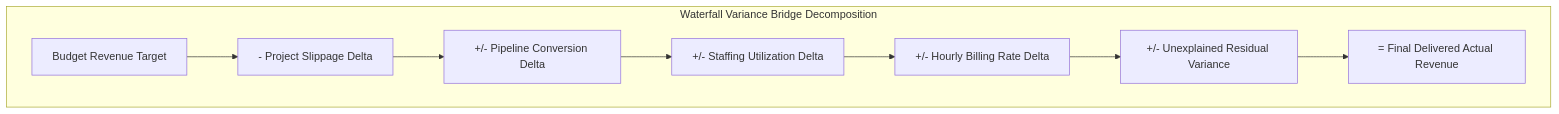
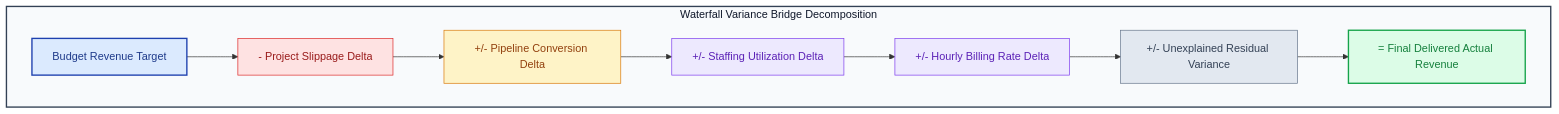
Before and after one commit to VED-VIVEK-TALMALEY/x-fin: the fourth of 5 diagrams in docs/FORECAST_ENGINE.md, drawn with Mermaid. The commit also changed other lines of this file and 6 other files, not shown here.

````diff
--- a/docs/FORECAST_ENGINE.md
+++ b/docs/FORECAST_ENGINE.md
@@ -128,14 +167,23 @@
 ```mermaid
 flowchart TD
     subgraph Bridge["Waterfall Variance Bridge Decomposition"]
         B_BUDGET["Budget Revenue Target"]
         V_SLIP["- Project Slippage Delta"]
         V_PIPE["+/- Pipeline Conversion Delta"]
         V_UTIL["+/- Staffing Utilization Delta"]
         V_RATE["+/- Hourly Billing Rate Delta"]
         V_UNEXP["+/- Unexplained Residual Variance"]
         B_ACTUAL["= Final Delivered Actual Revenue"]
 
         B_BUDGET --> V_SLIP --> V_PIPE --> V_UTIL --> V_RATE --> V_UNEXP --> B_ACTUAL
     end
+
+    style Bridge fill:#F8FAFC,stroke:#334155,stroke-width:2px,color:#0F172A
+    style B_BUDGET fill:#DBEAFE,stroke:#1E40AF,stroke-width:2px,color:#1E3A8A
+    style V_SLIP fill:#FEE2E2,stroke:#DC2626,stroke-width:1px,color:#991B1B
+    style V_PIPE fill:#FEF3C7,stroke:#D97706,stroke-width:1px,color:#92400E
+    style V_UTIL fill:#EDE9FE,stroke:#7C3AED,stroke-width:1px,color:#5B21B6
+    style V_RATE fill:#EDE9FE,stroke:#7C3AED,stroke-width:1px,color:#5B21B6
+    style V_UNEXP fill:#E2E8F0,stroke:#64748B,stroke-width:1px,color:#334155
+    style B_ACTUAL fill:#DCFCE7,stroke:#16A34A,stroke-width:2px,color:#15803D
 ```
````
